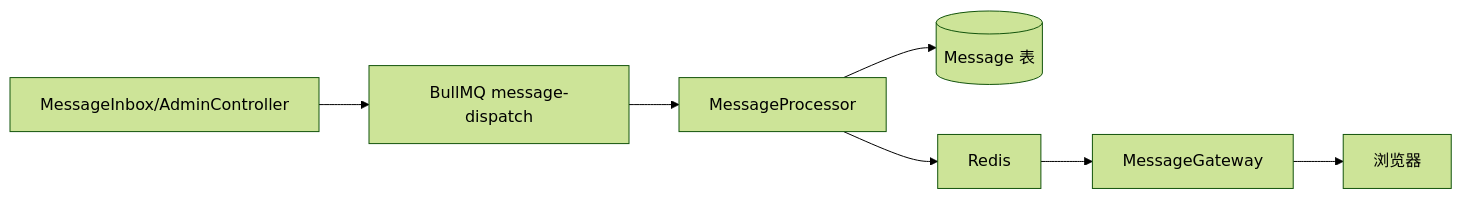
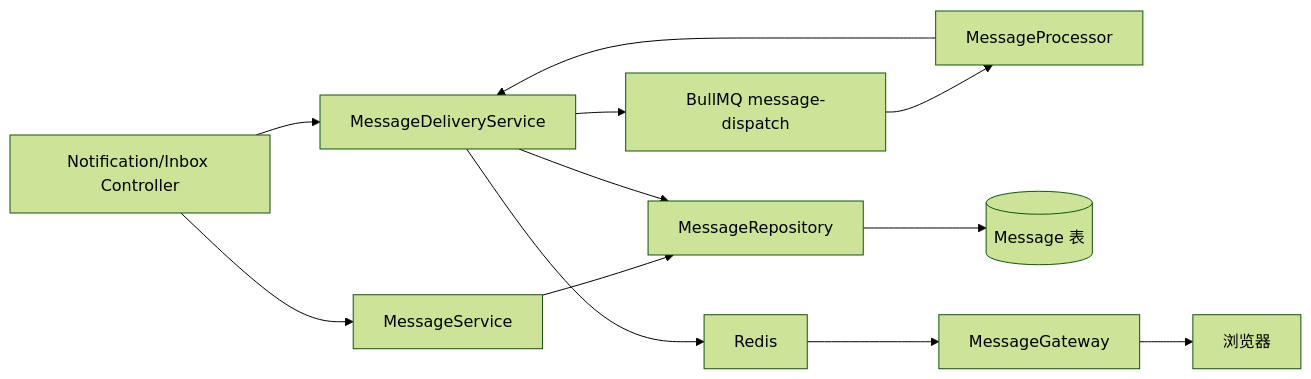
One commit to xzz2021/admin changed the second of 2 diagrams in docs/architecture/data-flow.md. Above: the diagram before and after it, drawn with Mermaid (forest theme). The commit also changed 13 other files, not shown here.

````diff
--- a/docs/architecture/data-flow.md
+++ b/docs/architecture/data-flow.md
@@ -42,9 +42,14 @@
 ```mermaid
 flowchart LR
-  API[MessageInbox/AdminController] --> Queue[BullMQ message-dispatch]
+  API[Notification/Inbox Controller] --> Inbox[MessageService]
+  API --> Delivery[MessageDeliveryService]
+  Inbox --> Repo[MessageRepository]
+  Delivery --> Queue[BullMQ message-dispatch]
   Queue --> Worker[MessageProcessor]
-  Worker --> PG[(Message 表)]
-  Worker --> Redis
+  Worker --> Delivery
+  Delivery --> Repo
+  Repo --> PG[(Message 表)]
+  Delivery --> Redis
   Redis --> WS[MessageGateway]
   WS --> Client[浏览器]
 ```
````
